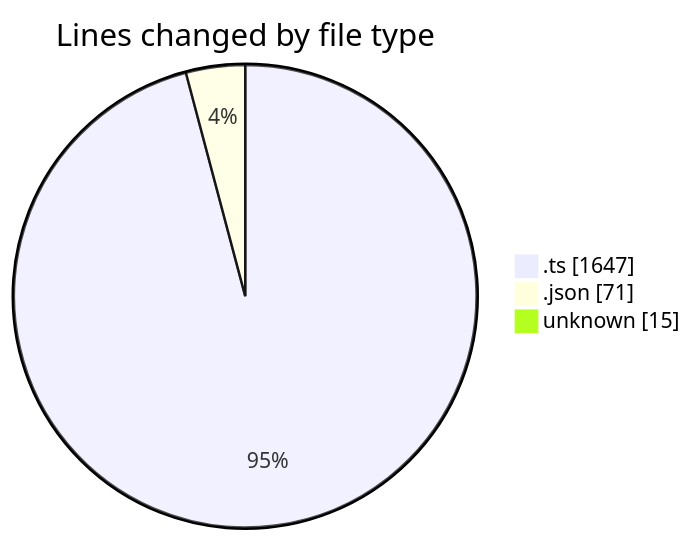
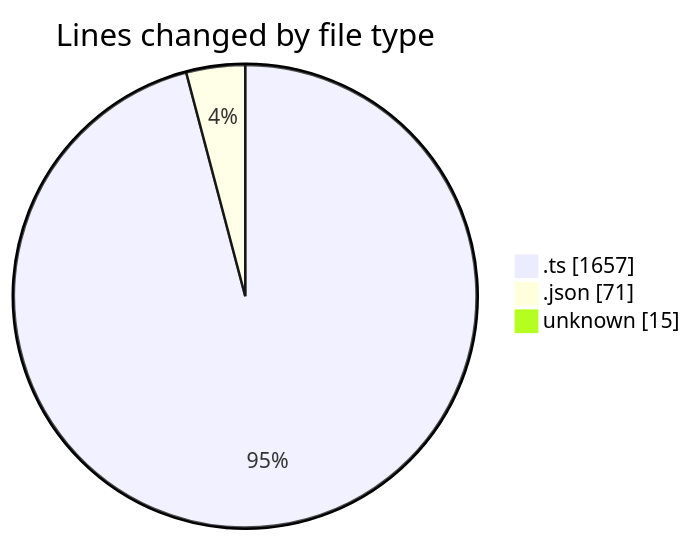
The first of 2 diagrams in 2025-09-12/hiai-phf/README.md (lephambinh05/code-tracking), drawn with Mermaid before and after one commit. The commit also changed other lines of this file and 1 other file, not shown here.

````diff
--- a/2025-09-12/hiai-phf/README.md
+++ b/2025-09-12/hiai-phf/README.md
@@ -25,7 +25,7 @@
 ```mermaid
 pie showData
 title Lines changed by file type
-".ts" : 1647
+".ts" : 1657
 ".json" : 71
 "unknown" : 15
 ```
````
